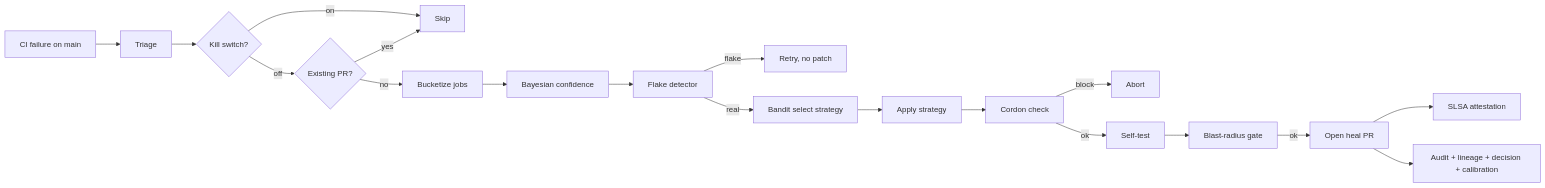
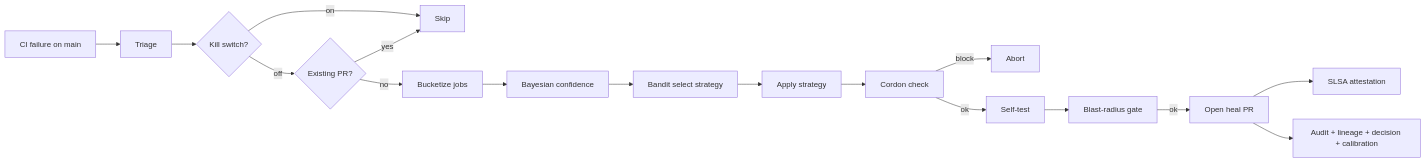
The diagram in docs/operations/auto-heal.md (sipyourdrink-ltd/bernstein), drawn with Mermaid before and after one commit. The commit also changed other lines of this file and 6 other files, not shown here.

First line of the commit message:
fix(autoheal): remove orphan flake_detector module

````diff
--- a/docs/operations/auto-heal.md
+++ b/docs/operations/auto-heal.md
@@ -22,21 +22,19 @@
 ```mermaid
 flowchart LR
     CI[CI failure on main] --> T[Triage]
     T --> KS{Kill switch?}
     KS -- on --> S1[Skip]
     KS -- off --> ID{Existing PR?}
     ID -- yes --> S1
     ID -- no --> BUC[Bucketize jobs]
     BUC --> BAY[Bayesian confidence]
-    BAY --> FL[Flake detector]
-    FL -- flake --> RT[Retry, no patch]
-    FL -- real --> BANDIT[Bandit select strategy]
+    BAY --> BANDIT[Bandit select strategy]
     BANDIT --> APPLY[Apply strategy]
     APPLY --> CO[Cordon check]
     CO -- block --> S2[Abort]
     CO -- ok --> ST[Self-test]
     ST --> BR[Blast-radius gate]
     BR -- ok --> PR[Open heal PR]
     PR --> AT[SLSA attestation]
     PR --> LOG[Audit + lineage + decision + calibration]
 ```
````
